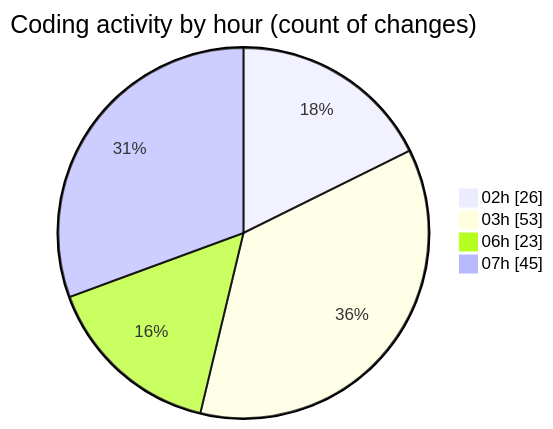
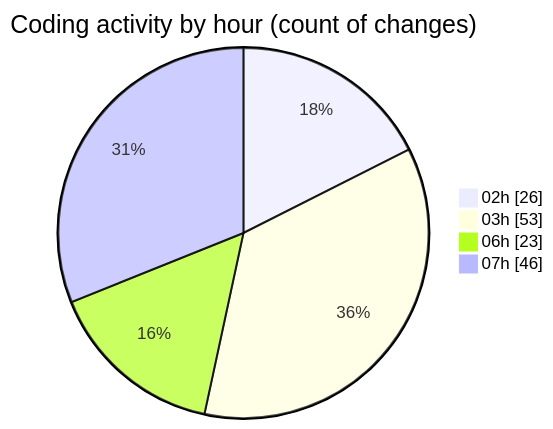
The second of 2 diagrams in 2025-02-22/micros/README.md (charlie-sans/code-tracking), drawn with Mermaid before and after one commit. The commit also changed other lines of this file and 1 other file, not shown here.

````diff
--- a/2025-02-22/micros/README.md
+++ b/2025-02-22/micros/README.md
@@ -72,8 +72,8 @@
 ```mermaid
 pie showData
 title Coding activity by hour (count of changes)
 "02h" : 26
 "03h" : 53
 "06h" : 23
-"07h" : 45
+"07h" : 46
 ```
````
